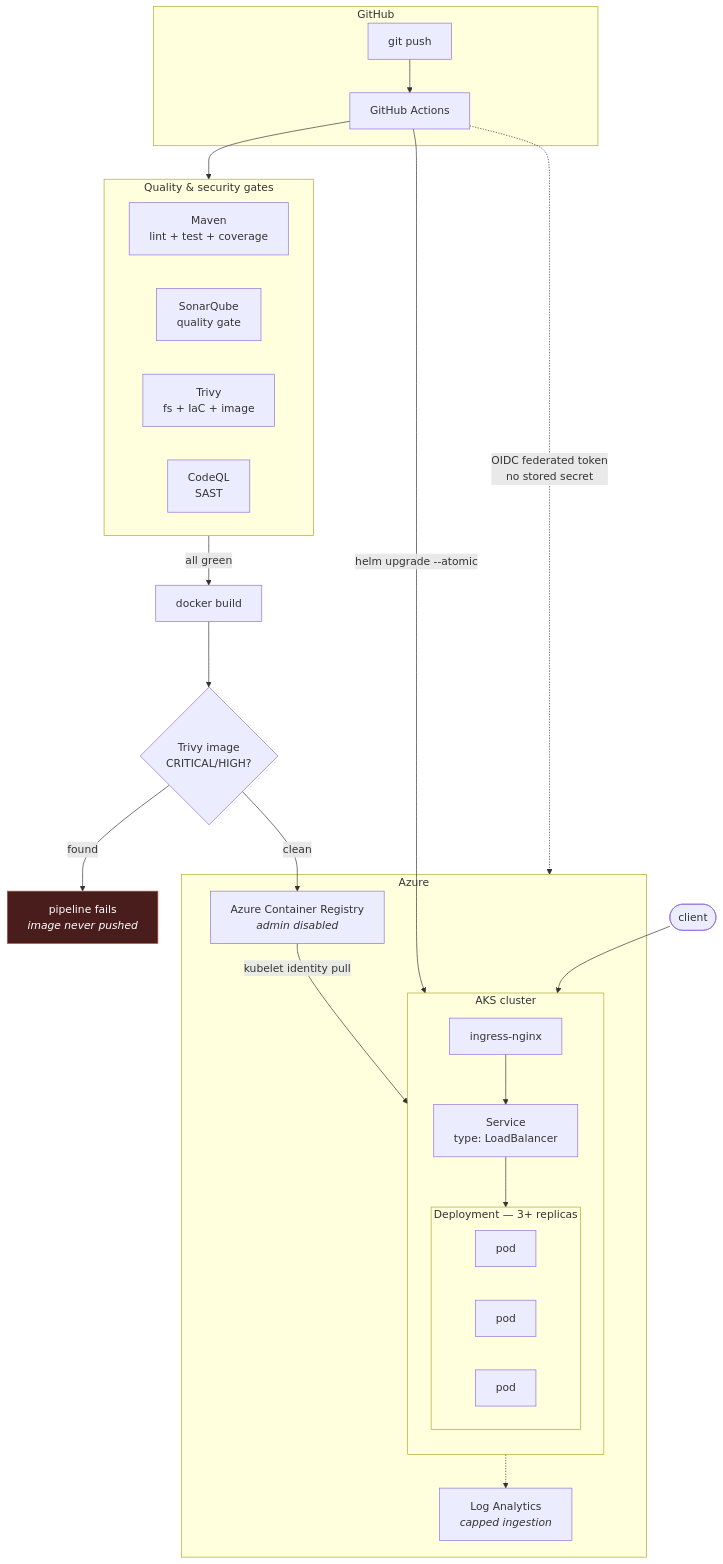
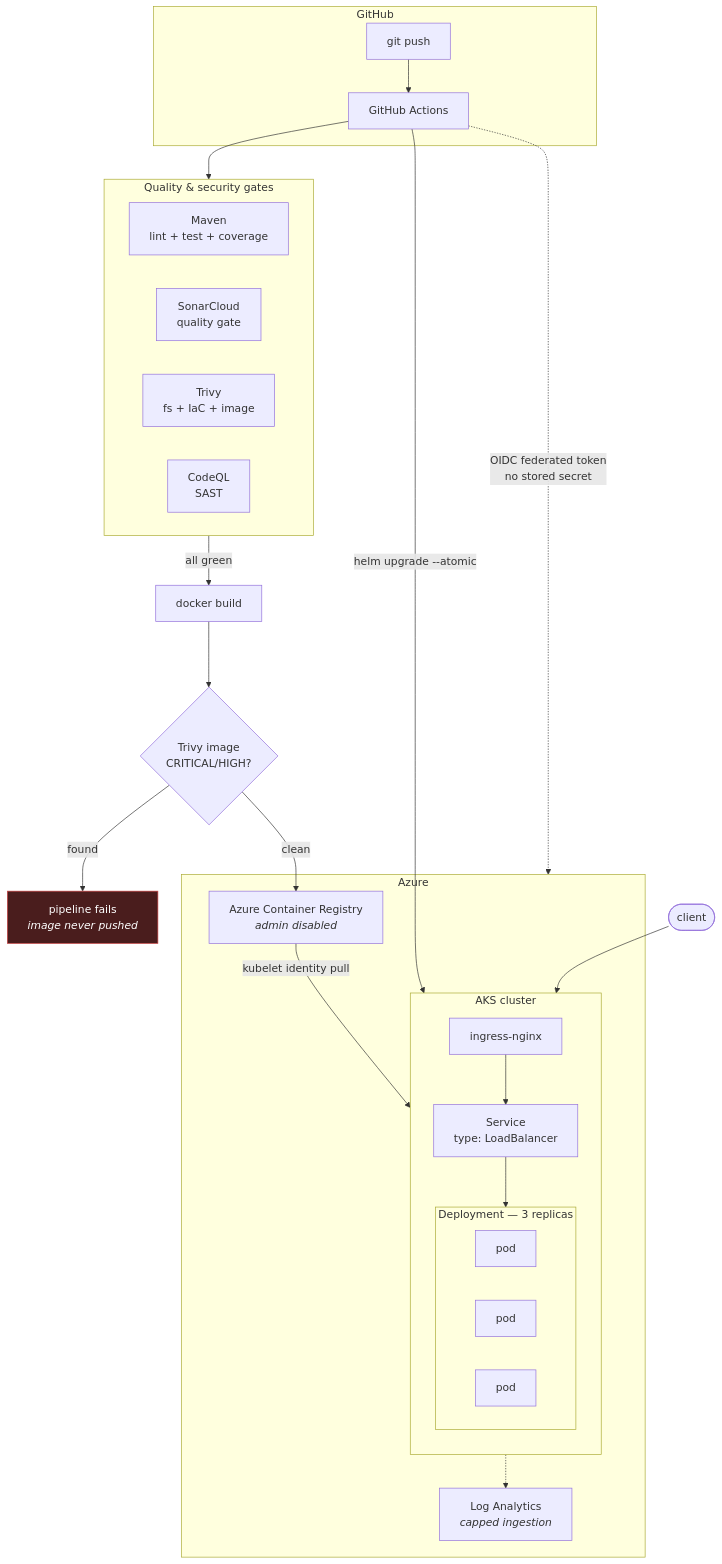
One commit to Sanjay-Naidu/project4-node_js-cicd-sonar-trivy-acr-aks-helm changed the first of 2 diagrams in README.md. Above: the diagram before and after it, drawn with Mermaid. The commit also changed other lines of this file and 7 other files, not shown here.

````diff
--- a/README.md
+++ b/README.md
@@ -43,46 +19,46 @@
 ```mermaid
 flowchart TB
     subgraph GH["GitHub"]
         DEV["git push"] --> CI["GitHub Actions"]
     end
 
     subgraph GATES["Quality &amp; security gates"]
         direction LR
         M["Maven<br/>lint + test + coverage"]
-        S["SonarQube<br/>quality gate"]
+        S["SonarCloud<br/>quality gate"]
         T["Trivy<br/>fs + IaC + image"]
         C["CodeQL<br/>SAST"]
     end
 
     subgraph AZ["Azure"]
         ACR["Azure Container Registry<br/><i>admin disabled</i>"]
         subgraph AKS["AKS cluster"]
             direction TB
             ING["ingress-nginx"]
             SVC["Service<br/>type: LoadBalancer"]
-            subgraph DEP["Deployment — 3+ replicas"]
+            subgraph DEP["Deployment — 3 replicas"]
                 P1["pod"]
                 P2["pod"]
                 P3["pod"]
             end
             ING --> SVC --> DEP
         end
         LAW["Log Analytics<br/><i>capped ingestion</i>"]
     end
 
     CI --> GATES
     GATES -->|"all green"| BUILD["docker build"]
     BUILD --> SCAN{"Trivy image<br/>CRITICAL/HIGH?"}
     SCAN -->|"found"| FAIL["pipeline fails<br/><i>image never pushed</i>"]
     SCAN -->|"clean"| ACR
     CI -->|"helm upgrade --atomic"| AKS
     ACR -->|"kubelet identity pull"| DEP
     AKS -.-> LAW
 
     USER(["client"]) --> ING
 
     CI -.->|"OIDC federated token<br/>no stored secret"| AZ
 
     classDef fail fill:#4a1d1d,stroke:#c94040,color:#fff
     class FAIL fail
 ```
````
